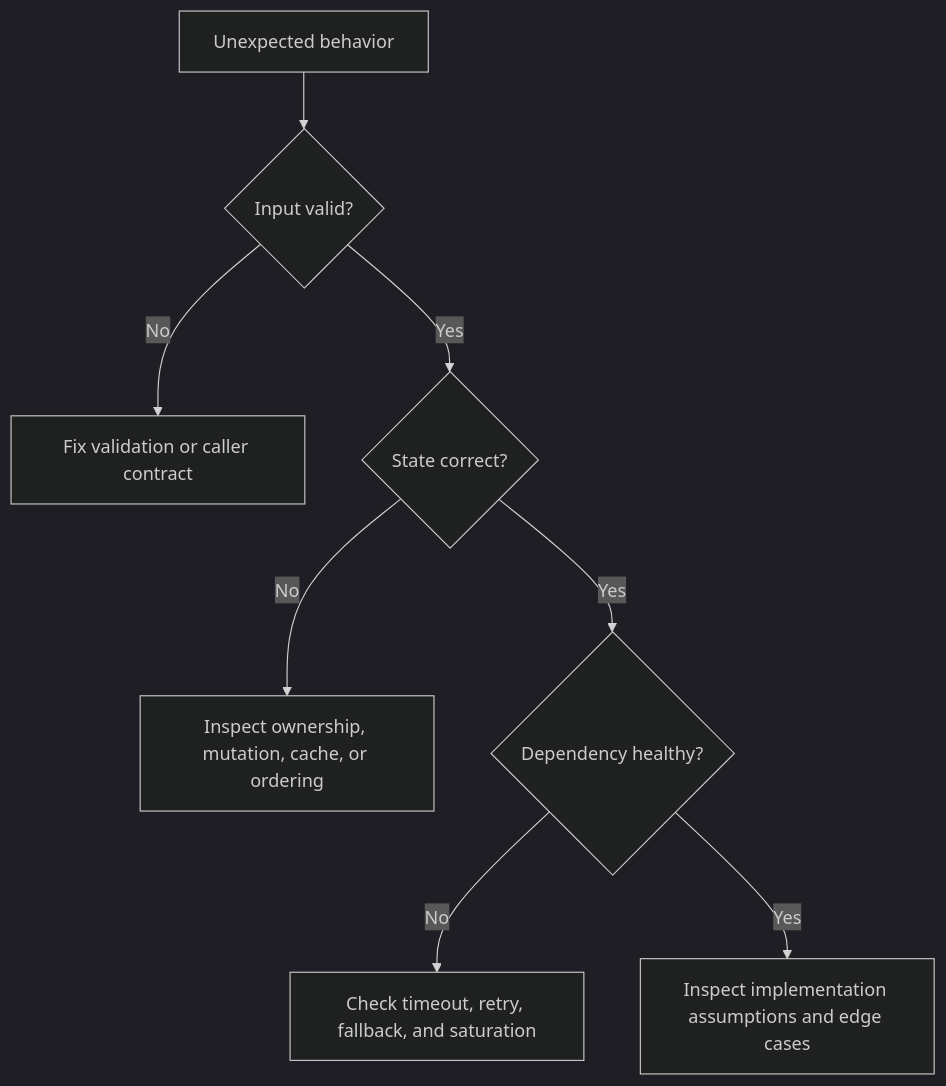
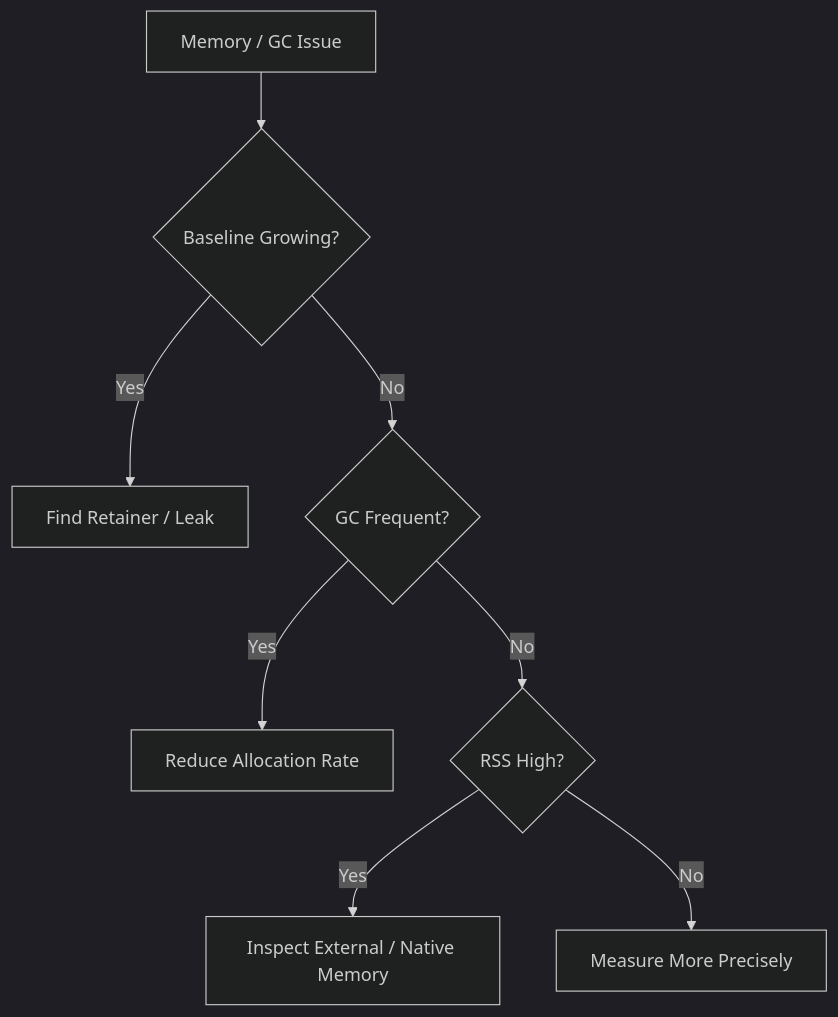
The fourth of 4 diagrams in 002. JavaScript Internals/002.03 Memory Internals/002.03.02 Garbage Collection/README.md (AjayPrajapat/Interview), drawn with Mermaid (dark theme) before and after one commit. The commit also changed other lines of this file and 10 other files, not shown here.

````diff
--- a/002. JavaScript Internals/002.03 Memory Internals/002.03.02 Garbage Collection/README.md
+++ b/002. JavaScript Internals/002.03 Memory Internals/002.03.02 Garbage Collection/README.md
@@ -465,10 +1120,10 @@
 ```mermaid
 flowchart TD
-  A[Unexpected behavior] --> B{Input valid?}
-  B -->|No| C[Fix validation or caller contract]
-  B -->|Yes| D{State correct?}
-  D -->|No| E[Inspect ownership, mutation, cache, or ordering]
-  D -->|Yes| F{Dependency healthy?}
-  F -->|No| G[Check timeout, retry, fallback, and saturation]
-  F -->|Yes| H[Inspect implementation assumptions and edge cases]
+  A["Memory / GC Issue"] --> B{"Baseline Growing?"}
+  B -->|Yes| C["Find Retainer / Leak"]
+  B -->|No| D{"GC Frequent?"}
+  D -->|Yes| E["Reduce Allocation Rate"]
+  D -->|No| F{"RSS High?"}
+  F -->|Yes| G["Inspect External / Native Memory"]
+  F -->|No| H["Measure More Precisely"]
 ```
````
